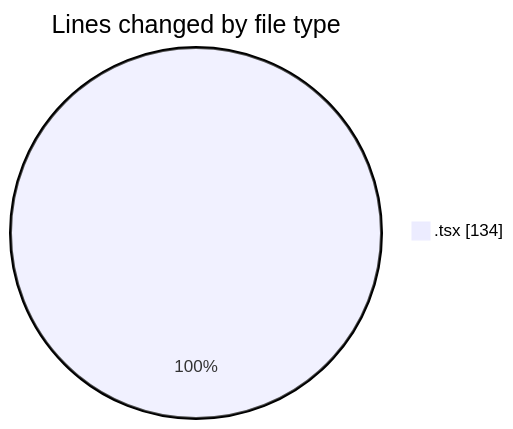
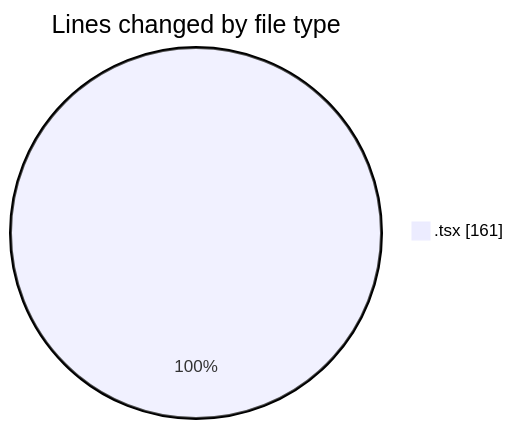
One commit to momahboobian/code-tracking changed the first of 2 diagrams in 2025-02-14/src/README.md. Above: the diagram before and after it, drawn with Mermaid. The commit also changed other lines of this file and 1 other file, not shown here.

````diff
--- a/2025-02-14/src/README.md
+++ b/2025-02-14/src/README.md
@@ -20,5 +21,5 @@
 ```mermaid
 pie showData
 title Lines changed by file type
-".tsx" : 134
+".tsx" : 161
 ```
````
